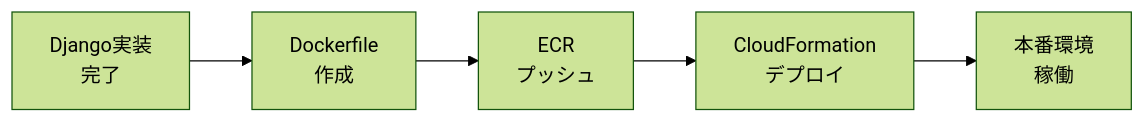
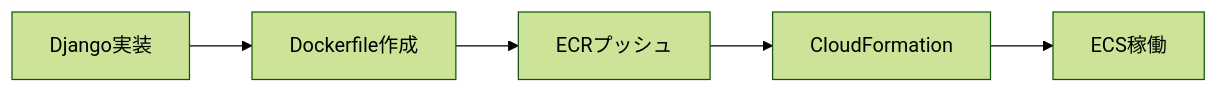
Before and after one commit to sattva-improve/auto_deploy: the fourth of 5 diagrams in docs/guides/index.md, drawn with Mermaid (forest theme). The commit also changed other lines of this file and 4 other files, not shown here.

````diff
--- a/docs/guides/index.md
+++ b/docs/guides/index.md
@@ -116,7 +147,7 @@
 ```mermaid
 flowchart LR
-    A[Django実装<br>完了] --> B[Dockerfile<br>作成]
-    B --> C[ECR<br>プッシュ]
-    C --> D[CloudFormation<br>デプロイ]
-    D --> E[本番環境<br>稼働]
+    A[Django実装] --> B[Dockerfile作成]
+    B --> C[ECRプッシュ]
+    C --> D[CloudFormation]
+    D --> E[ECS稼働]
 ```
````
